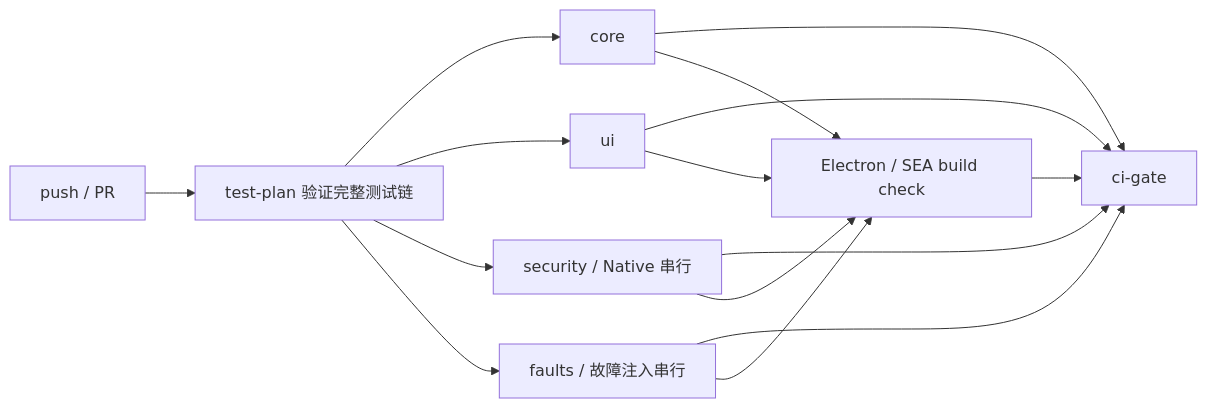
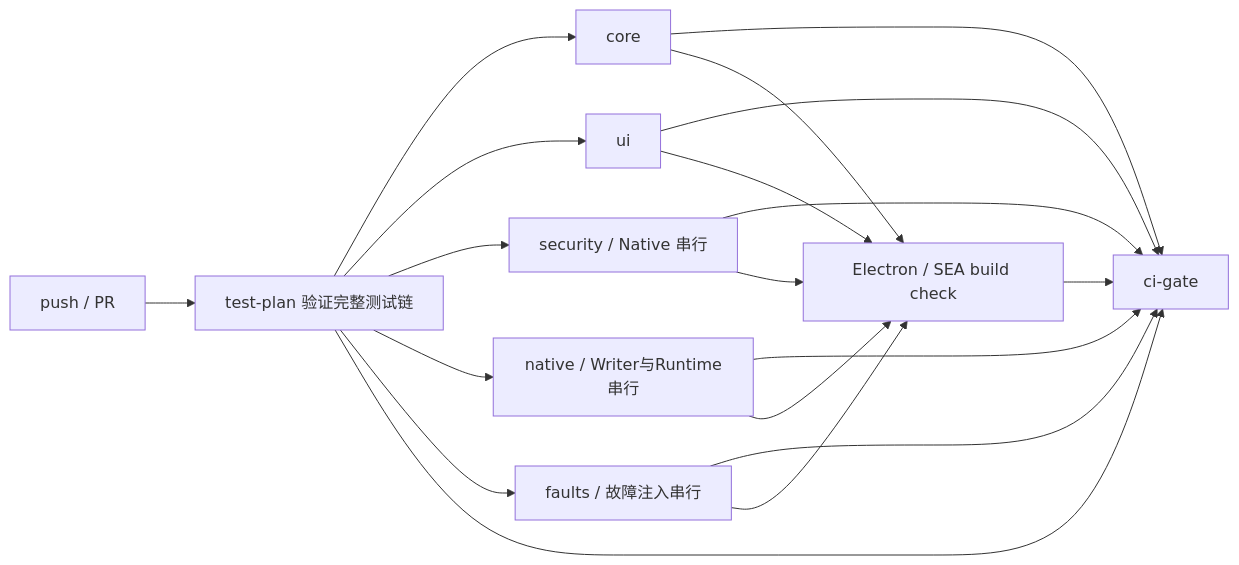
One commit to HYJ1817/pi-gui changed the second of 2 diagrams in docs/ci-optimization-acceptance.md. Above: the diagram before and after it, drawn with Mermaid. The commit also changed other lines of this file and 4 other files, not shown here.

````diff
--- a/docs/ci-optimization-acceptance.md
+++ b/docs/ci-optimization-acceptance.md
@@ -57,17 +68,21 @@
 ```mermaid
 flowchart LR
   A[push / PR] --> P[test-plan 验证完整测试链]
   P --> C[core]
   P --> U[ui]
   P --> S[security / Native 串行]
+  P --> N[native / Writer与Runtime串行]
   P --> F[faults / 故障注入串行]
-  C --> G[ci-gate]
+  P --> G[ci-gate]
+  C --> G
   U --> G
   S --> G
+  N --> G
   F --> G
   C --> B[Electron / SEA build check]
   U --> B
   S --> B
+  N --> B
   F --> B
   B --> G
 ```
````
